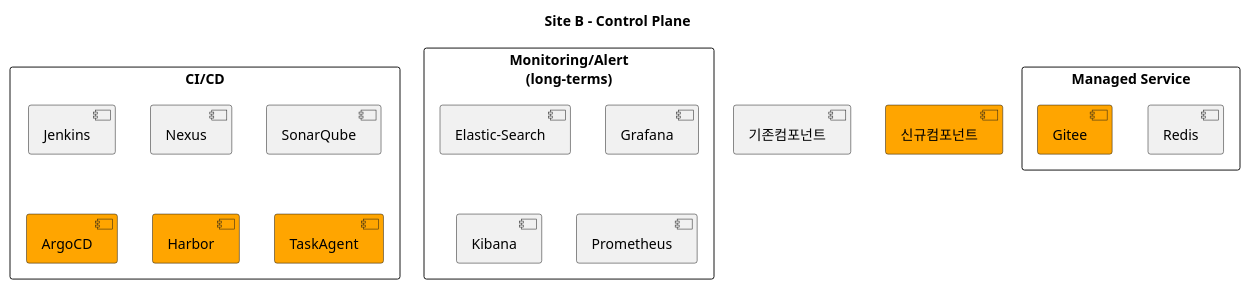
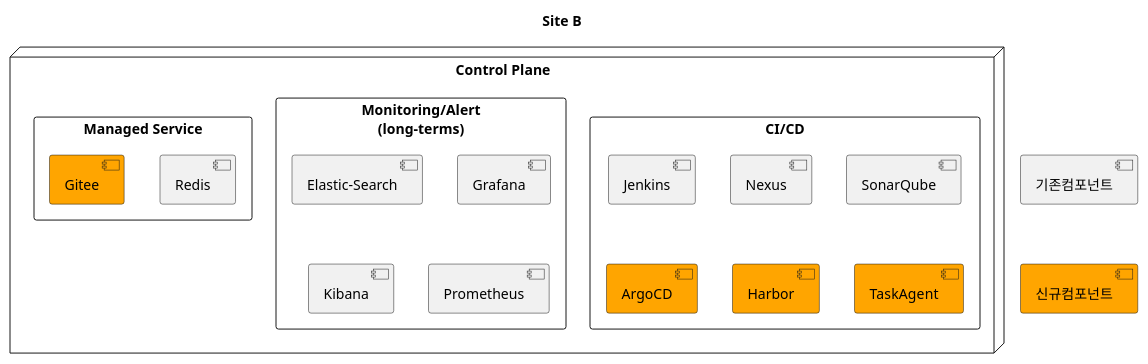
Before and after one commit to kloudbank/htdp1.github.io: the second of 6 diagrams in docs/src/multi-cloud/diagram.md, drawn with PlantUML. The commit also changed other lines of this file, not shown here.

Commit message:
add multicloud

```diff
--- a/docs/src/multi-cloud/diagram.md
+++ b/docs/src/multi-cloud/diagram.md
@@ -34,26 +35,29 @@
 @startuml
 
-title "Site B - Control Plane"
+title "Site B"
 
 [기존컴포넌트] as old
 [신규컴포넌트] as new #orange
+old -[hidden]d-> new
 
-rectangle "CI/CD" as bcp_cicd {
-    [Jenkins] as bcp_cicd_jenkins
-    [Nexus] as bcp_cicd_nexus
-    [SonarQube] as bcp_cicd_sonarqube
-    [ArgoCD] as bcp_cicd_argocd #orange
-    [Harbor] as bcp_cicd_harbor #orange
-    [TaskAgent] as bcp_cicd_taskagent #orange
-}
-rectangle "Monitoring/Alert\n(long-terms)" as bcp_mon {
-    [Elastic-Search] as bcp_mon_elk
-    [Grafana] as bcp_mon_grafana
-    [Kibana] as bcp_mon_kibana
-    [Prometheus] as bcp_mon_prometheus
-}
-rectangle "Managed Service" as bcp_mananged {
-    [Redis] as bcp_mananged_redis
-    [Gitee] as bcp_mananged_gitee #orange
+node "Control Plane" as bcp {
+    rectangle "CI/CD" as bcp_cicd {
+        [Jenkins] as bcp_cicd_jenkins
+        [Nexus] as bcp_cicd_nexus
+        [SonarQube] as bcp_cicd_sonarqube
+        [ArgoCD] as bcp_cicd_argocd #orange
+        [Harbor] as bcp_cicd_harbor #orange
+        [TaskAgent] as bcp_cicd_taskagent #orange
+    }
+    rectangle "Monitoring/Alert\n(long-terms)" as bcp_mon {
+        [Elastic-Search] as bcp_mon_elk
+        [Grafana] as bcp_mon_grafana
+        [Kibana] as bcp_mon_kibana
+        [Prometheus] as bcp_mon_prometheus
+    }
+    rectangle "Managed Service" as bcp_mananged {
+        [Redis] as bcp_mananged_redis
+        [Gitee] as bcp_mananged_gitee #orange
+    }
 }
 @enduml
```
